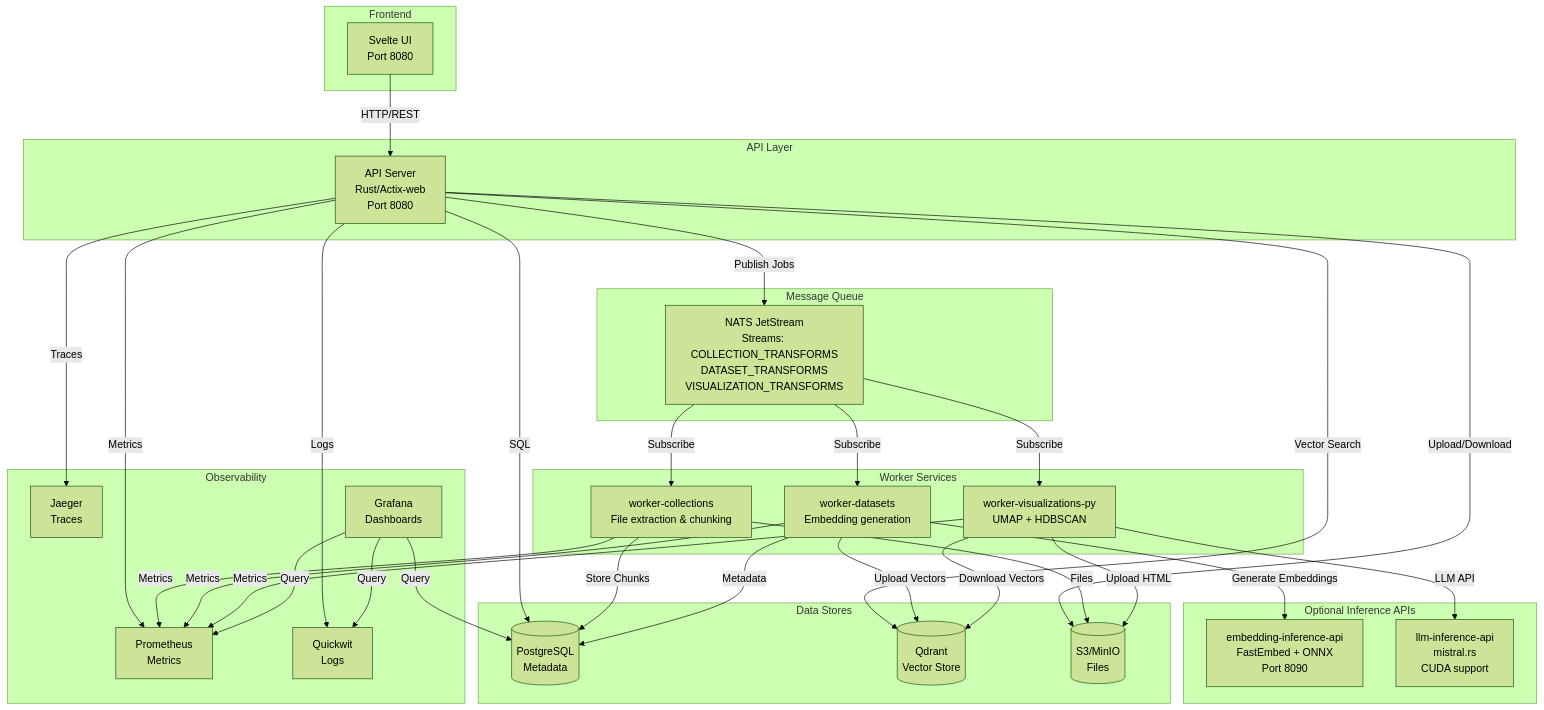
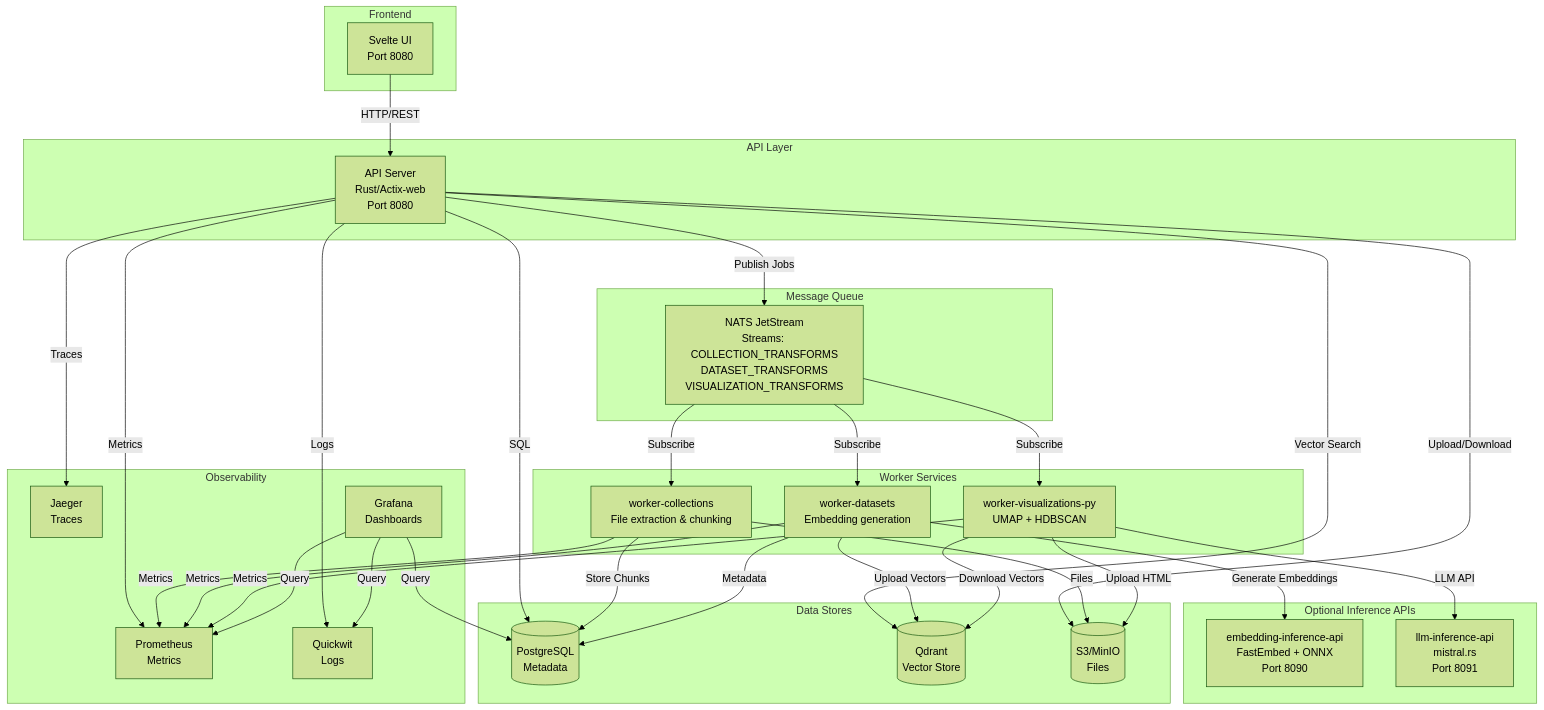
One commit to FishySoftware/semantic-explorer changed the first of 2 diagrams in README.md. Above: the diagram before and after it, drawn with Mermaid (forest theme). The commit also changed other lines of this file and 40 other files, not shown here.

````diff
--- a/README.md
+++ b/README.md
@@ -22,69 +30,69 @@
 ```mermaid
 graph TB
     subgraph "Frontend"
         UI[Svelte UI<br/>Port 8080]
     end
 
     subgraph "API Layer"
         API[API Server<br/>Rust/Actix-web<br/>Port 8080]
     end
 
     subgraph "Message Queue"
         NATS[NATS JetStream<br/>Streams: COLLECTION_TRANSFORMS<br/>DATASET_TRANSFORMS<br/>VISUALIZATION_TRANSFORMS]
     end
 
     subgraph "Worker Services"
         WC[worker-collections<br/>File extraction & chunking]
         WD[worker-datasets<br/>Embedding generation]
         WV[worker-visualizations-py<br/>UMAP + HDBSCAN]
     end
 
     subgraph "Optional Inference APIs"
         EMB[embedding-inference-api<br/>FastEmbed + ONNX<br/>Port 8090]
-        LLM[llm-inference-api<br/>mistral.rs<br/>CUDA support]
+        LLM[llm-inference-api<br/>mistral.rs<br/>Port 8091]
     end
 
     subgraph "Data Stores"
         PG[(PostgreSQL<br/>Metadata)]
         QD[(Qdrant<br/>Vector Store)]
         S3[(S3/MinIO<br/>Files)]
     end
 
     subgraph "Observability"
         PROM[Prometheus<br/>Metrics]
         JAEGER[Jaeger<br/>Traces]
         QUICK[Quickwit<br/>Logs]
         GRAF[Grafana<br/>Dashboards]
     end
 
     UI -->|HTTP/REST| API
     API -->|Publish Jobs| NATS
     NATS -->|Subscribe| WC
     NATS -->|Subscribe| WD
     NATS -->|Subscribe| WV
 
     API -->|SQL| PG
     API -->|Vector Search| QD
     API -->|Upload/Download| S3
 
     WC -->|Store Chunks| PG
     WC -->|Files| S3
     WD -->|Generate Embeddings| EMB
     WD -->|Upload Vectors| QD
     WD -->|Metadata| PG
     WV -->|Download Vectors| QD
     WV -->|Upload HTML| S3
     WV -->|LLM API| LLM
 
     API -->|Metrics| PROM
     WC -->|Metrics| PROM
     WD -->|Metrics| PROM
     WV -->|Metrics| PROM
 
     API -->|Traces| JAEGER
     API -->|Logs| QUICK
 
     GRAF -->|Query| PROM
     GRAF -->|Query| QUICK
     GRAF -->|Query| PG
 ```
````
